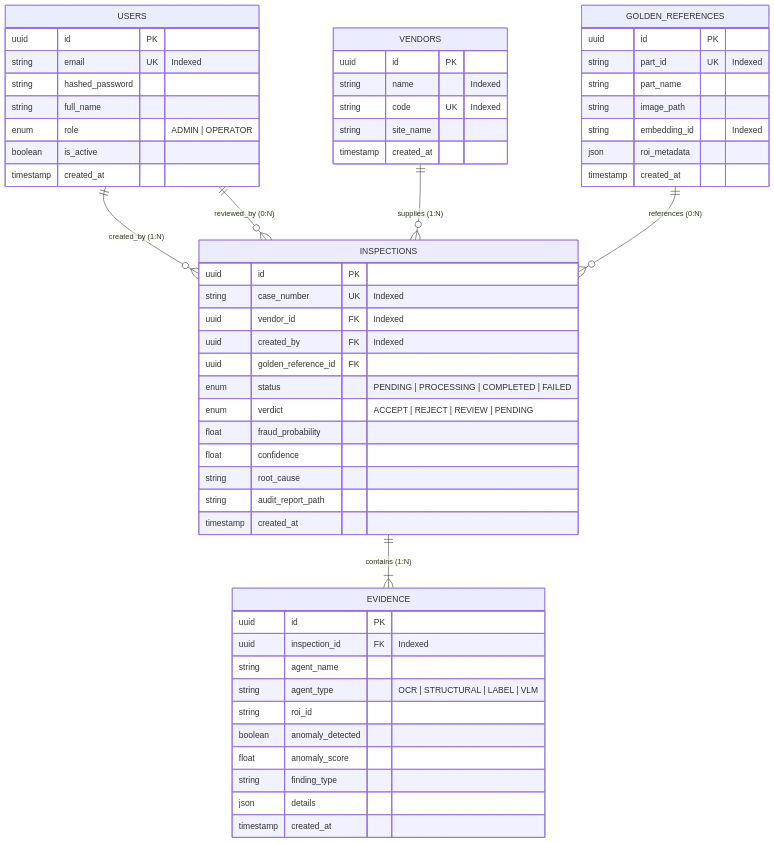
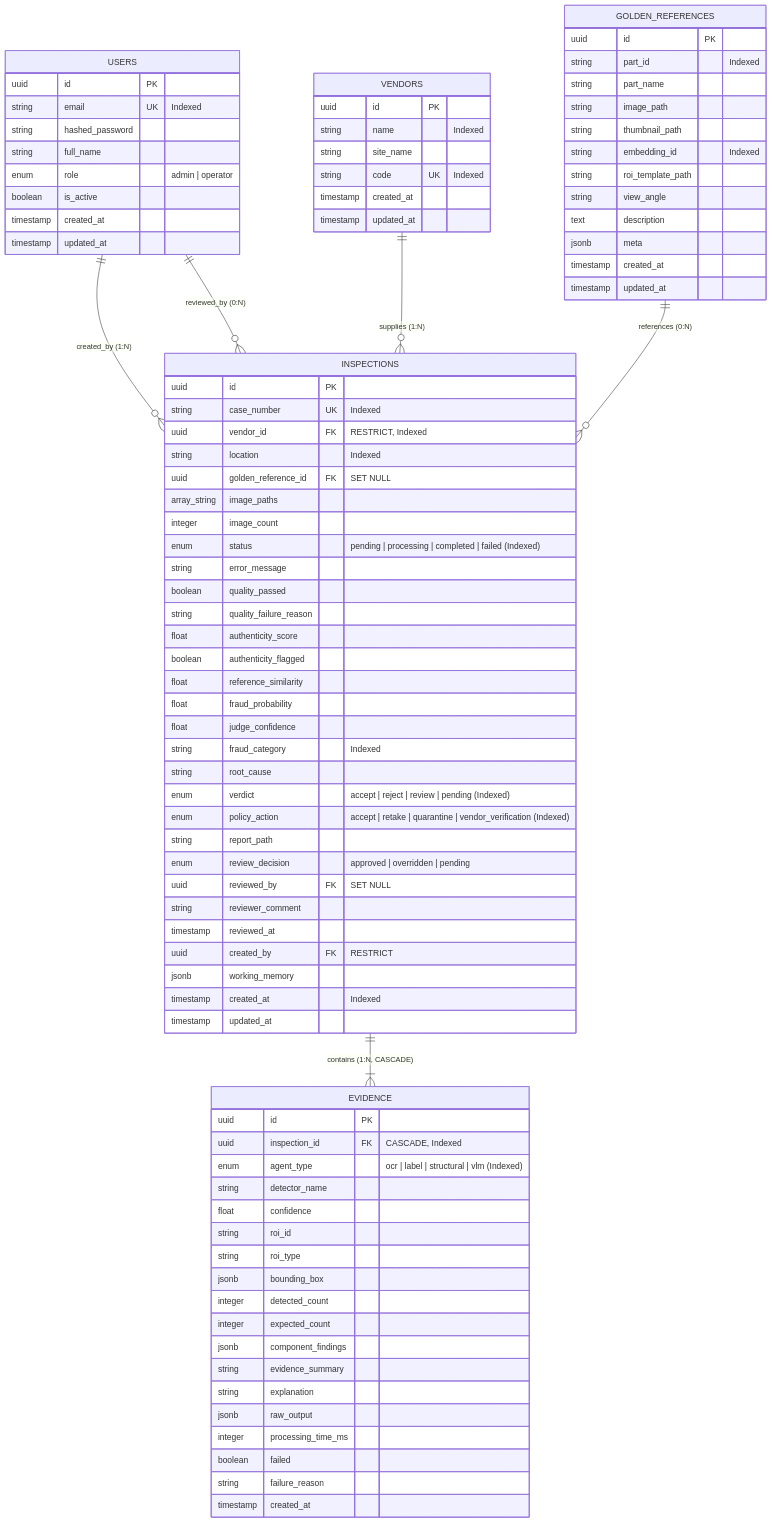
Before and after one commit to Disha-1610/VisionForge: the diagram in docs/DATABASE.md, drawn with Mermaid. The commit also changed other lines of this file and 12 other files, not shown here.

Commit message:
docs: upgrade full documentation suite with technical depth, story arcs, engineering decisions, and Mermaid diagrams

````diff
--- a/docs/DATABASE.md
+++ b/docs/DATABASE.md
@@ -62,61 +47,93 @@
     USERS ||--o{ INSPECTIONS : "reviewed_by (0:N)"
     VENDORS ||--o{ INSPECTIONS : "supplies (1:N)"
     GOLDEN_REFERENCES ||--o{ INSPECTIONS : "references (0:N)"
-    INSPECTIONS ||--|{ EVIDENCE : "contains (1:N)"
+    INSPECTIONS ||--|{ EVIDENCE : "contains (1:N, CASCADE)"
 
     USERS {
         uuid id PK
         string email UK "Indexed"
         string hashed_password
         string full_name
-        enum role "ADMIN | OPERATOR"
+        enum role "admin | operator"
         boolean is_active
         timestamp created_at
+        timestamp updated_at
     }
 
     VENDORS {
         uuid id PK
         string name "Indexed"
+        string site_name
         string code UK "Indexed"
-        string site_name
         timestamp created_at
+        timestamp updated_at
     }
 
     GOLDEN_REFERENCES {
         uuid id PK
-        string part_id UK "Indexed"
+        string part_id "Indexed"
         string part_name
         string image_path
+        string thumbnail_path
         string embedding_id "Indexed"
-        json roi_metadata
+        string roi_template_path
+        string view_angle
+        text description
+        jsonb meta
         timestamp created_at
+        timestamp updated_at
     }
 
     INSPECTIONS {
         uuid id PK
         string case_number UK "Indexed"
-        uuid vendor_id FK "Indexed"
-        uuid created_by FK "Indexed"
-        uuid golden_reference_id FK
-        enum status "PENDING | PROCESSING | COMPLETED | FAILED"
-        enum verdict "ACCEPT | REJECT | REVIEW | PENDING"
+        uuid vendor_id FK "RESTRICT, Indexed"
+        string location "Indexed"
+        uuid golden_reference_id FK "SET NULL"
+        array_string image_paths
+        integer image_count
+        enum status "pending | processing | completed | failed (Indexed)"
+        string error_message
+        boolean quality_passed
+        string quality_failure_reason
+        float authenticity_score
+        boolean authenticity_flagged
+        float reference_similarity
         float fraud_probability
-        float confidence
+        float judge_confidence
+        string fraud_category "Indexed"
         string root_cause
-        string audit_report_path
-        timestamp created_at
+        enum verdict "accept | reject | review | pending (Indexed)"
+        enum policy_action "accept | retake | quarantine | vendor_verification (Indexed)"
+        string report_path
+        enum review_decision "approved | overridden | pending"
+        uuid reviewed_by FK "SET NULL"
+        string reviewer_comment
+        timestamp reviewed_at
+        uuid created_by FK "RESTRICT"
+        jsonb working_memory
+        timestamp created_at "Indexed"
+        timestamp updated_at
     }
 
     EVIDENCE {
         uuid id PK
-        uuid inspection_id FK "Indexed"
-        string agent_name
-        string agent_type "OCR | STRUCTURAL | LABEL | VLM"
+        uuid inspection_id FK "CASCADE, Indexed"
+        enum agent_type "ocr | label | structural | vlm (Indexed)"
+        string detector_name
+        float confidence
         string roi_id
-        boolean anomaly_detected
-        float anomaly_score
-        string finding_type
-        json details
+        string roi_type
+        jsonb bounding_box
+        integer detected_count
+        integer expected_count
+        jsonb component_findings
+        string evidence_summary
+        string explanation
+        jsonb raw_output
+        integer processing_time_ms
+        boolean failed
+        string failure_reason
         timestamp created_at
     }
 ```
````
